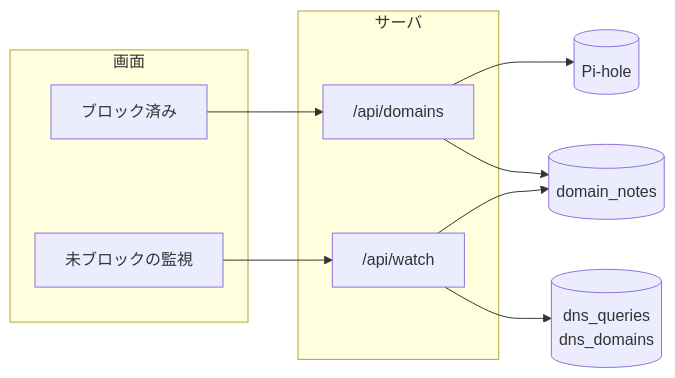
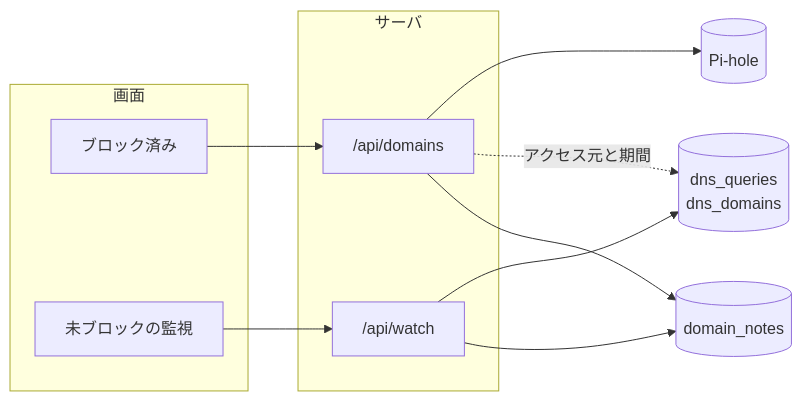
The third of 6 diagrams in docs/architecture.md (rtcode337/pihole-monitor), drawn with Mermaid before and after one commit. The commit also changed other lines of this file and 9 other files, not shown here.

````diff
--- a/docs/architecture.md
+++ b/docs/architecture.md
@@ -134,19 +136,20 @@
 ```mermaid
 flowchart LR
     subgraph 画面
       T1[ブロック済み]
       T2[未ブロックの監視]
     end
     subgraph サーバ
       A["/api/domains"]
       W["/api/watch"]
     end
     P[(Pi-hole)]
     Q[(dns_queries<br/>dns_domains)]
     N[(domain_notes)]
 
     T1 --> A --> P
     T2 --> W --> Q
+    A -.->|アクセス元と期間| Q
     A --> N
     W --> N
 ```
````
